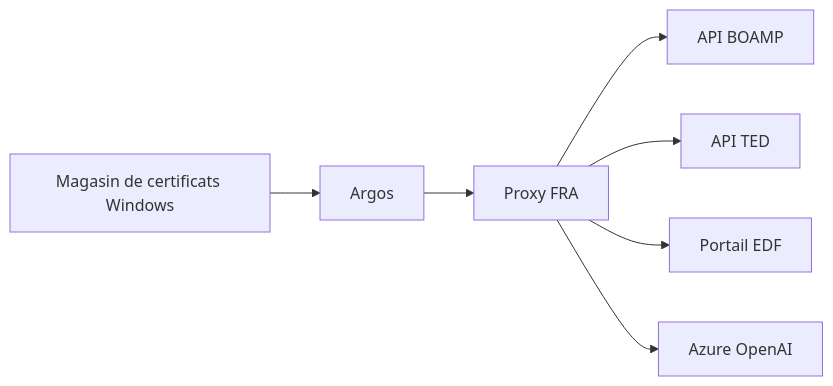
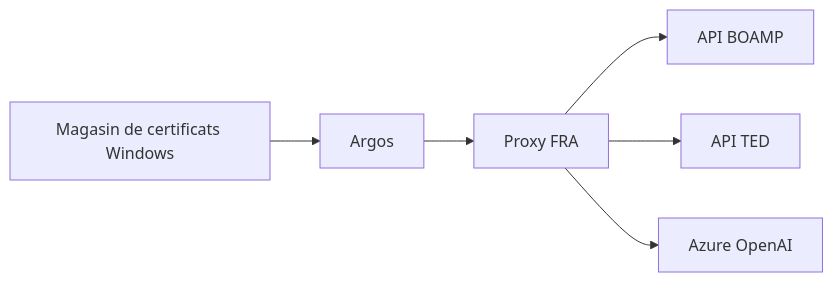
Before and after one commit to As3ly/Argos: the diagram in docs/architecture/network-and-sources.md, drawn with Mermaid. The commit also changed other lines of this file and 30 other files, not shown here.

````diff
--- a/docs/architecture/network-and-sources.md
+++ b/docs/architecture/network-and-sources.md
@@ -5,9 +5,8 @@
 ```mermaid
 flowchart LR
     A["Argos"] --> P["Proxy FRA"]
     P --> B["API BOAMP"]
     P --> T["API TED"]
-    P --> E["Portail EDF"]
     P --> Z["Azure OpenAI"]
     C["Magasin de certificats Windows"] --> A
 ```
````
